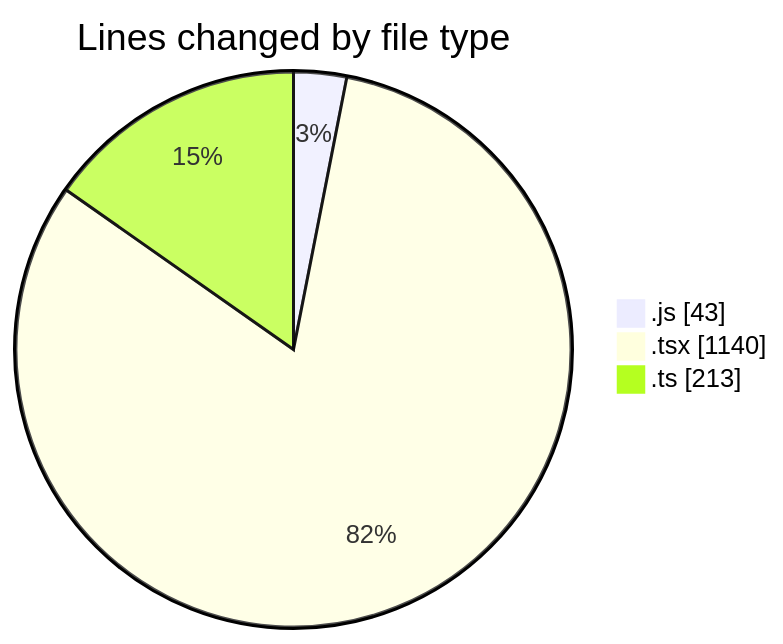
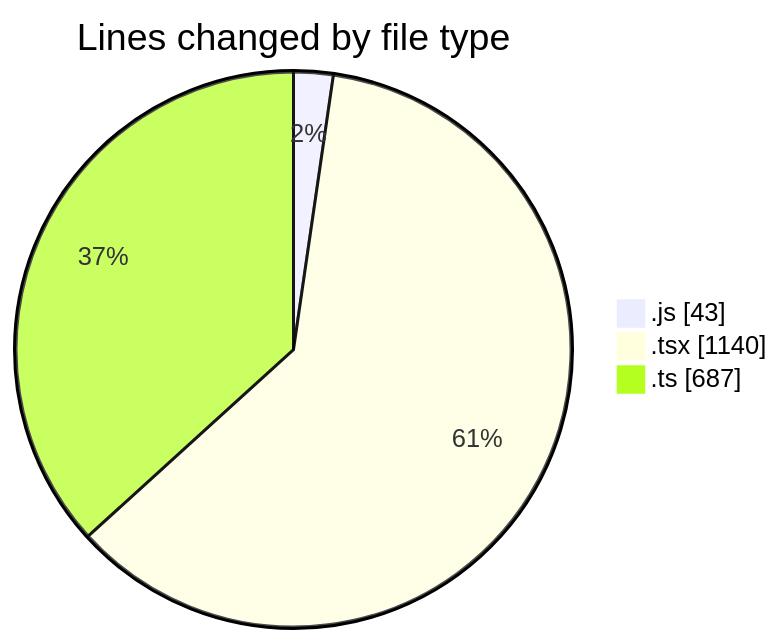
The first of 2 diagrams in 2026-03-09/cda/README.md (momahboobian/code-tracking), drawn with Mermaid before and after one commit. The commit also changed other lines of this file and 1 other file, not shown here.

````diff
--- a/2026-03-09/cda/README.md
+++ b/2026-03-09/cda/README.md
@@ -30,7 +31,7 @@
 ```mermaid
 pie showData
 title Lines changed by file type
 ".js" : 43
 ".tsx" : 1140
-".ts" : 213
+".ts" : 687
 ```
````
